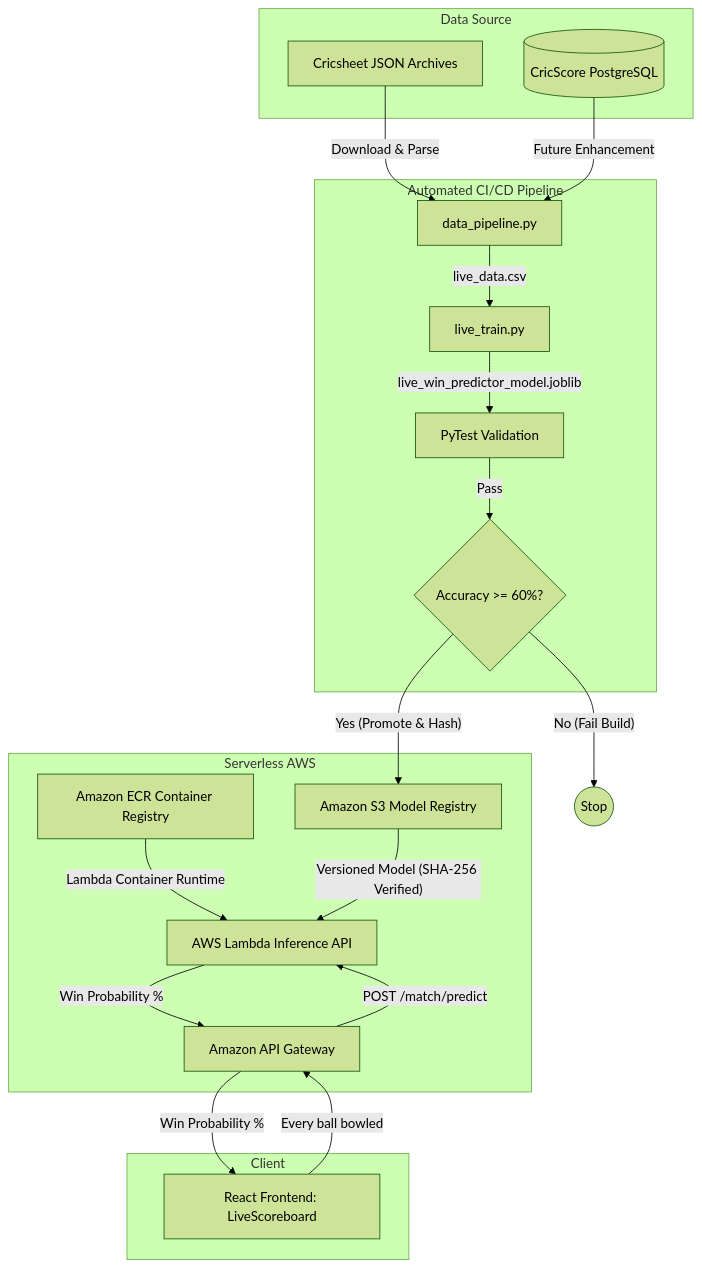
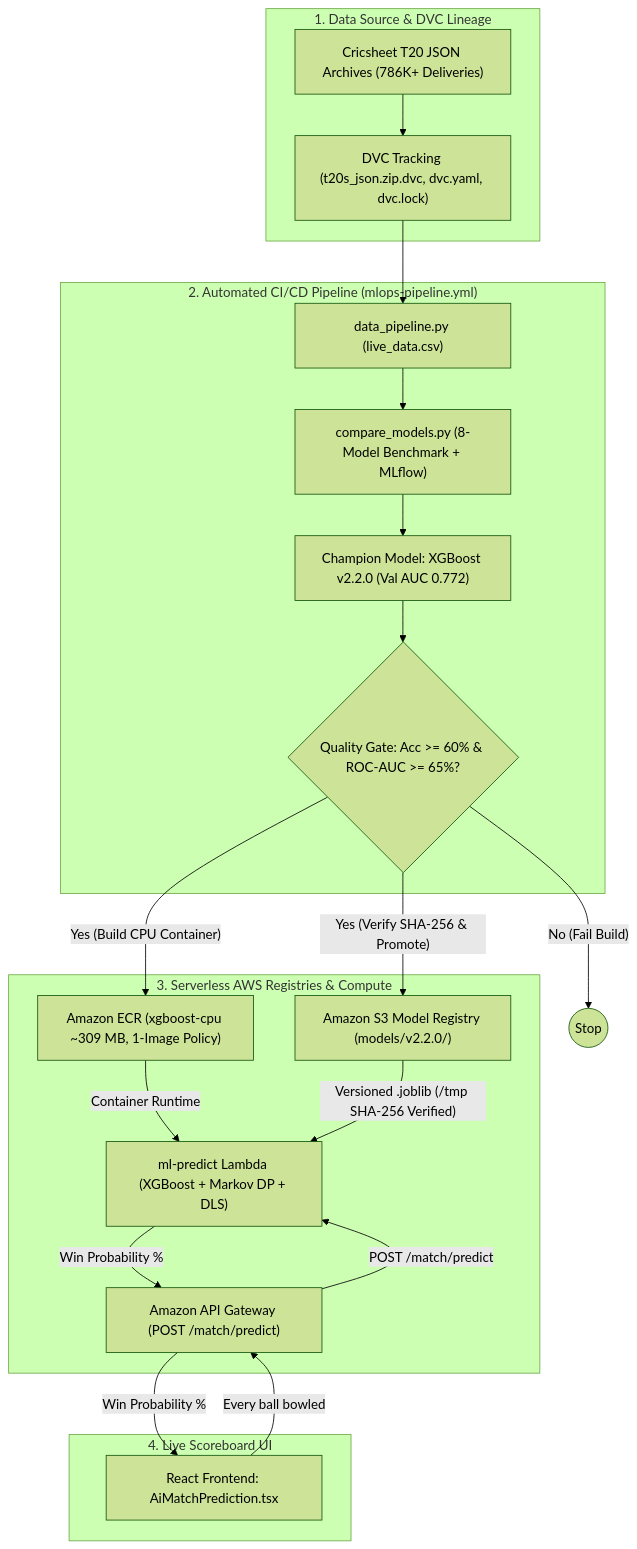
One commit to venkatesh-singamsetty/cricscore changed the first of 2 diagrams in docs/mlops_tutorial.md. Above: the diagram before and after it, drawn with Mermaid (forest theme). The commit also changed other lines of this file and 89 other files, not shown here.

````diff
--- a/docs/mlops_tutorial.md
+++ b/docs/mlops_tutorial.md
@@ -13,45 +11,42 @@
 ```mermaid
 graph TD
     %% Define Data Flow
-    subgraph Data Source
-        Cricsheet[Cricsheet JSON Archives]
-        DB[(CricScore PostgreSQL)]
+    subgraph DataSource ["1. Data Source & DVC Lineage"]
+        Cricsheet["Cricsheet T20 JSON Archives (786K+ Deliveries)"]
+        DVC["DVC Tracking (t20s_json.zip.dvc, dvc.yaml, dvc.lock)"]
     end
 
     %% Define Training Pipeline (GitHub Actions)
-    subgraph GitHub Actions [Automated CI/CD Pipeline]
-        DP[data_pipeline.py]
-        LT[live_train.py]
-        TEST[PyTest Validation]
-        GATE{Accuracy >= 60%?}
+    subgraph GitHubActions ["2. Automated CI/CD Pipeline (mlops-pipeline.yml)"]
+        DP["data_pipeline.py (live_data.csv)"]
+        CM["compare_models.py (8-Model Benchmark + MLflow)"]
+        CHAMP["Champion Model: XGBoost v2.2.0 (Val AUC 0.772)"]
+        GATE{"Quality Gate: Acc >= 60% & ROC-AUC >= 65%?"}
     end
 
     %% Define Deployment
-    subgraph AWS Deployment [Serverless AWS]
-        S3REG[Amazon S3 Model Registry]
-        ECR[Amazon ECR Container Registry]
-        LAMBDA[AWS Lambda Inference API]
-        APIGW[Amazon API Gateway]
+    subgraph AWSDeployment ["3. Serverless AWS Registries & Compute"]
+        S3REG["Amazon S3 Model Registry (models/v2.2.0/)"]
+        ECR["Amazon ECR (xgboost-cpu ~309 MB, 1-Image Policy)"]
+        LAMBDA["ml-predict Lambda (XGBoost + Markov DP + DLS)"]
+        APIGW["Amazon API Gateway (POST /match/predict)"]
     end
 
     %% Frontend App
-    subgraph Client
-        UI[React Frontend: LiveScoreboard]
+    subgraph Client ["4. Live Scoreboard UI"]
+        UI["React Frontend: AiMatchPrediction.tsx"]
     end
 
     %% Connections
-    Cricsheet -- Download & Parse --> DP
-    DB -- Future Enhancement --> DP
-    DP -- "live_data.csv" --> LT
-    LT -- "live_win_predictor_model.joblib" --> TEST
-    TEST -- Pass --> GATE
-    GATE -- "Yes (Promote & Hash)" --> S3REG
+    Cricsheet --> DVC --> DP --> CM --> CHAMP --> GATE
+    GATE -- "Yes (Verify SHA-256 & Promote)" --> S3REG
+    GATE -- "Yes (Build CPU Container)" --> ECR
     GATE -- "No (Fail Build)" --> STOP((Stop))
 
-    ECR -- "Lambda Container Runtime" --> LAMBDA
-    S3REG -- "Versioned Model (SHA-256 Verified)" --> LAMBDA
+    ECR -- "Container Runtime" --> LAMBDA
+    S3REG -- "Versioned .joblib (/tmp SHA-256 Verified)" --> LAMBDA
     UI -- "Every ball bowled" --> APIGW
     APIGW -- "POST /match/predict" --> LAMBDA
     LAMBDA -- "Win Probability %" --> APIGW
     APIGW -- "Win Probability %" --> UI
 ```
````
